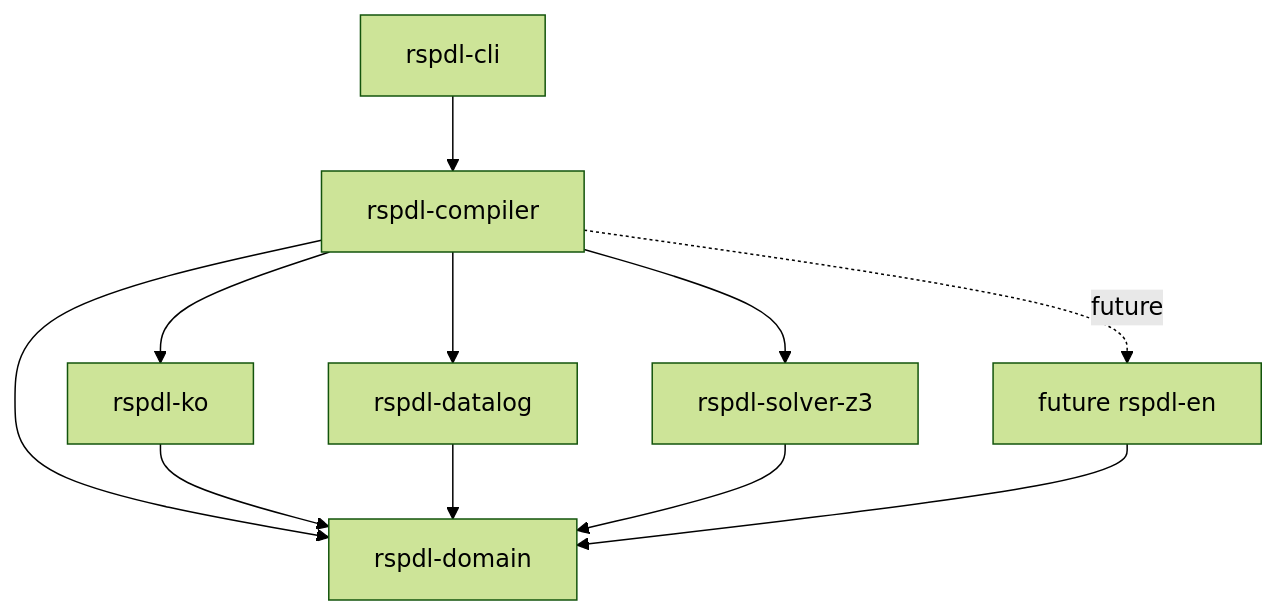
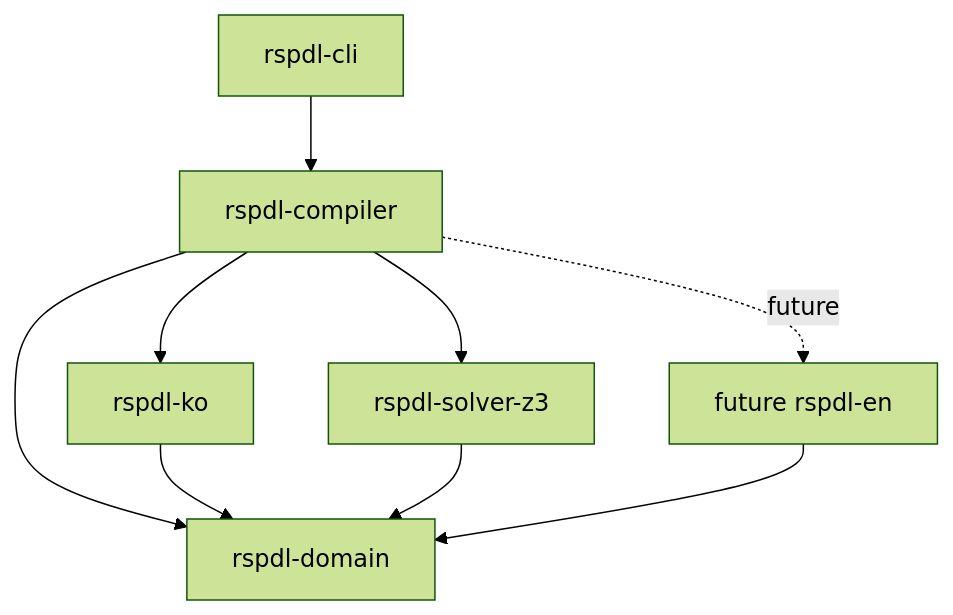
Before and after one commit to rspdl/rspdl-core: the first of 3 diagrams in docs/architecture.md, drawn with Mermaid (forest theme). The commit also changed other lines of this file and 28 other files, not shown here.

````diff
--- a/docs/architecture.md
+++ b/docs/architecture.md
@@ -105,13 +104,11 @@
 ```mermaid
 flowchart TD
     CLI["rspdl-cli"] --> COMPILER["rspdl-compiler"]
     COMPILER --> KO["rspdl-ko"]
     COMPILER --> DOMAIN["rspdl-domain"]
-    COMPILER --> DATALOG["rspdl-datalog"]
     COMPILER --> Z3["rspdl-solver-z3"]
     KO --> DOMAIN
-    DATALOG --> DOMAIN
     Z3 --> DOMAIN
     EN["future rspdl-en"] --> DOMAIN
     COMPILER -. "future" .-> EN
 ```
````
